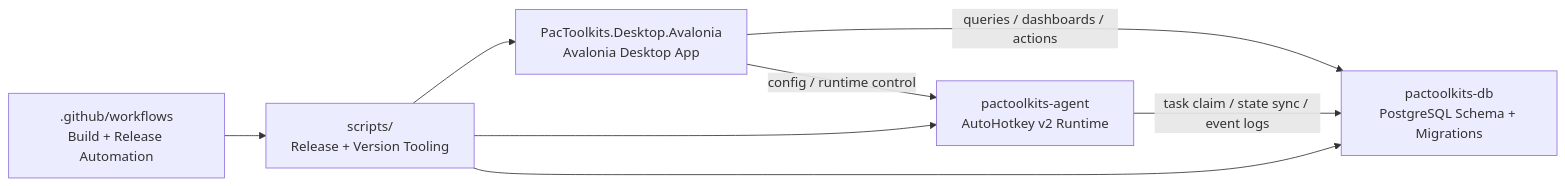
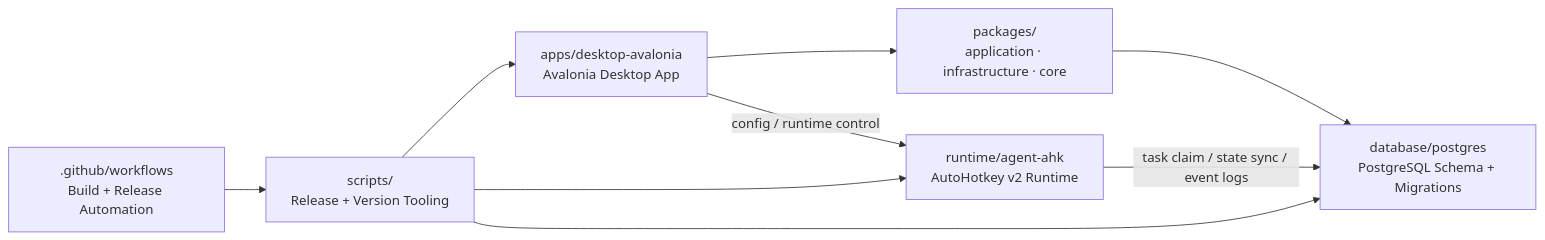
One commit to pacmandoh/pactoolkits changed the diagram in README.md. Above: the diagram before and after it, drawn with Mermaid. The commit also changed other lines of this file and 24 other files, not shown here.

````diff
--- a/README.md
+++ b/README.md
@@ -112,16 +115,18 @@
 ```mermaid
 flowchart LR
-    UI["PacToolkits.Desktop.Avalonia\nAvalonia Desktop App"]
-    AGENT["pactoolkits-agent\nAutoHotkey v2 Runtime"]
-    DB["pactoolkits-db\nPostgreSQL Schema + Migrations"]
+    UI["apps/desktop-avalonia\nAvalonia Desktop App"]
+    PKG["packages/\napplication · infrastructure · core"]
+    AGENT["runtime/agent-ahk\nAutoHotkey v2 Runtime"]
+    DB["database/postgres\nPostgreSQL Schema + Migrations"]
     SCRIPTS["scripts/\nRelease + Version Tooling"]
     CI[".github/workflows\nBuild + Release Automation"]
 
+    UI --> PKG
     UI -->|config / runtime control| AGENT
-    UI -->|queries / dashboards / actions| DB
     AGENT -->|task claim / state sync / event logs| DB
+    PKG --> DB
     SCRIPTS --> UI
     SCRIPTS --> AGENT
     SCRIPTS --> DB
     CI --> SCRIPTS
 ```
````
